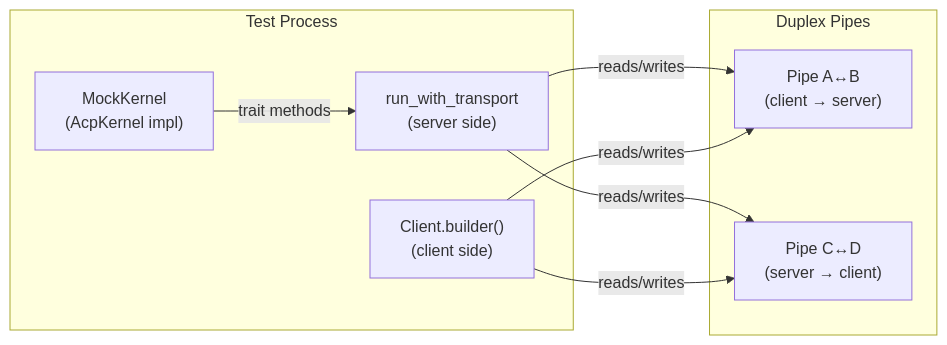
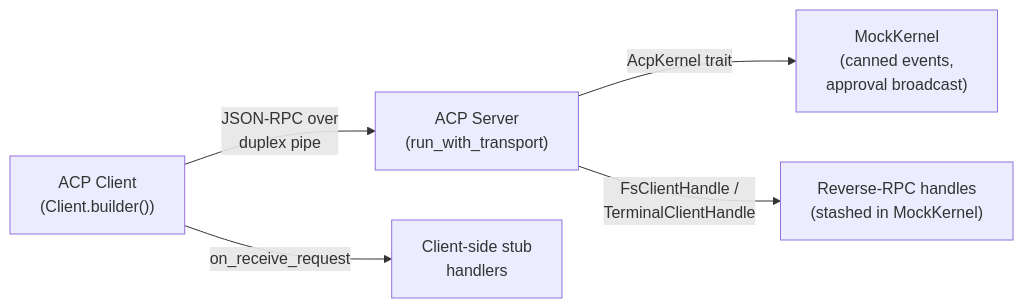
One commit to leszek3737/librefang-WIki changed the diagram in other-librefang-acp-tests.md. Above: the diagram before and after it, drawn with Mermaid. The commit also changed other lines of this file and 122 other files, not shown here.

````diff
--- a/other-librefang-acp-tests.md
+++ b/other-librefang-acp-tests.md
@@ -11,17 +11,7 @@
 ```mermaid
 graph LR
-    subgraph "Test Process"
-        MK["MockKernel<br/>(AcpKernel impl)"]
-        SR["run_with_transport<br/>(server side)"]
-        CL["Client.builder()<br/>(client side)"]
-    end
-    subgraph "Duplex Pipes"
-        AB["Pipe A↔B<br/>(client → server)"]
-        CD["Pipe C↔D<br/>(server → client)"]
-    end
-    MK -- "trait methods" --> SR
-    SR -- "reads/writes" --> AB
-    SR -- "reads/writes" --> CD
-    CL -- "reads/writes" --> AB
-    CL -- "reads/writes" --> CD
+    Client["ACP Client<br/>(Client.builder())"] -- "JSON-RPC over<br/>duplex pipe" --> Server["ACP Server<br/>(run_with_transport)"]
+    Server -- "AcpKernel trait" --> Mock["MockKernel<br/>(canned events,<br/>approval broadcast)"]
+    Server -- "FsClientHandle /<br/>TerminalClientHandle" --> Handles["Reverse-RPC handles<br/>(stashed in MockKernel)"]
+    Client -- "on_receive_request" --> Handlers["Client-side stub<br/>handlers"]
 ```
````
